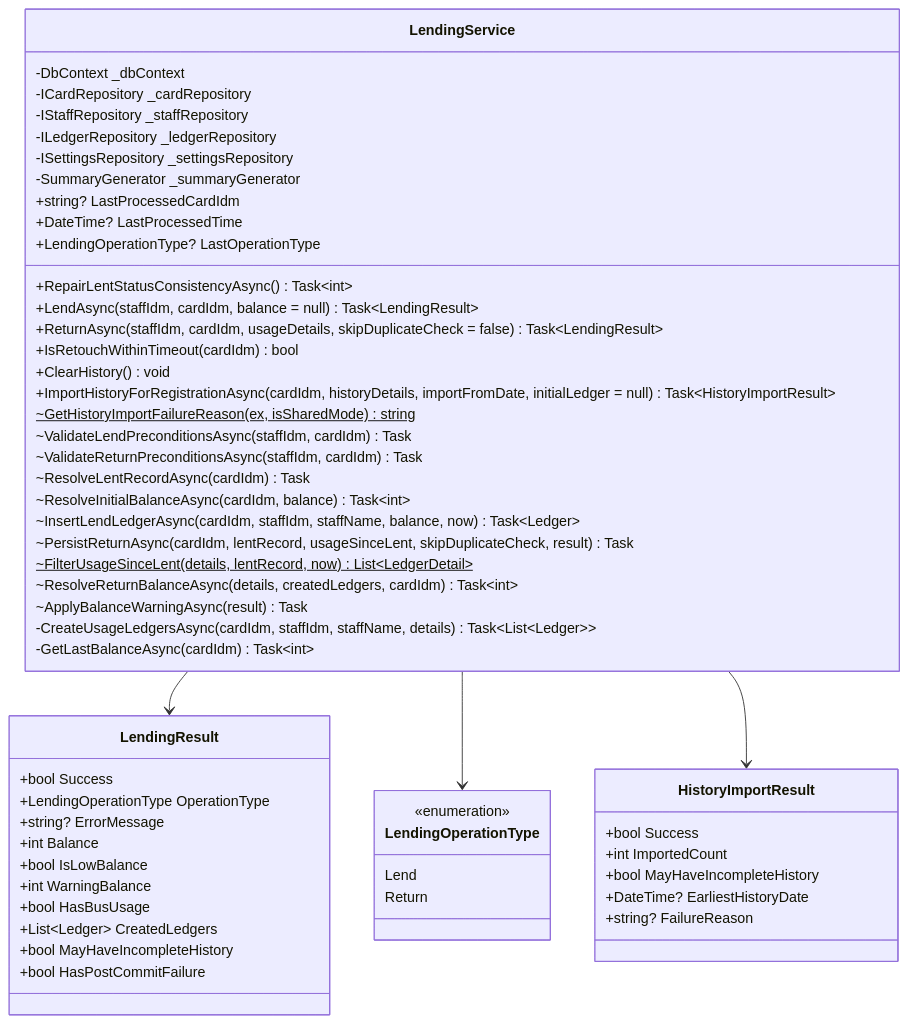
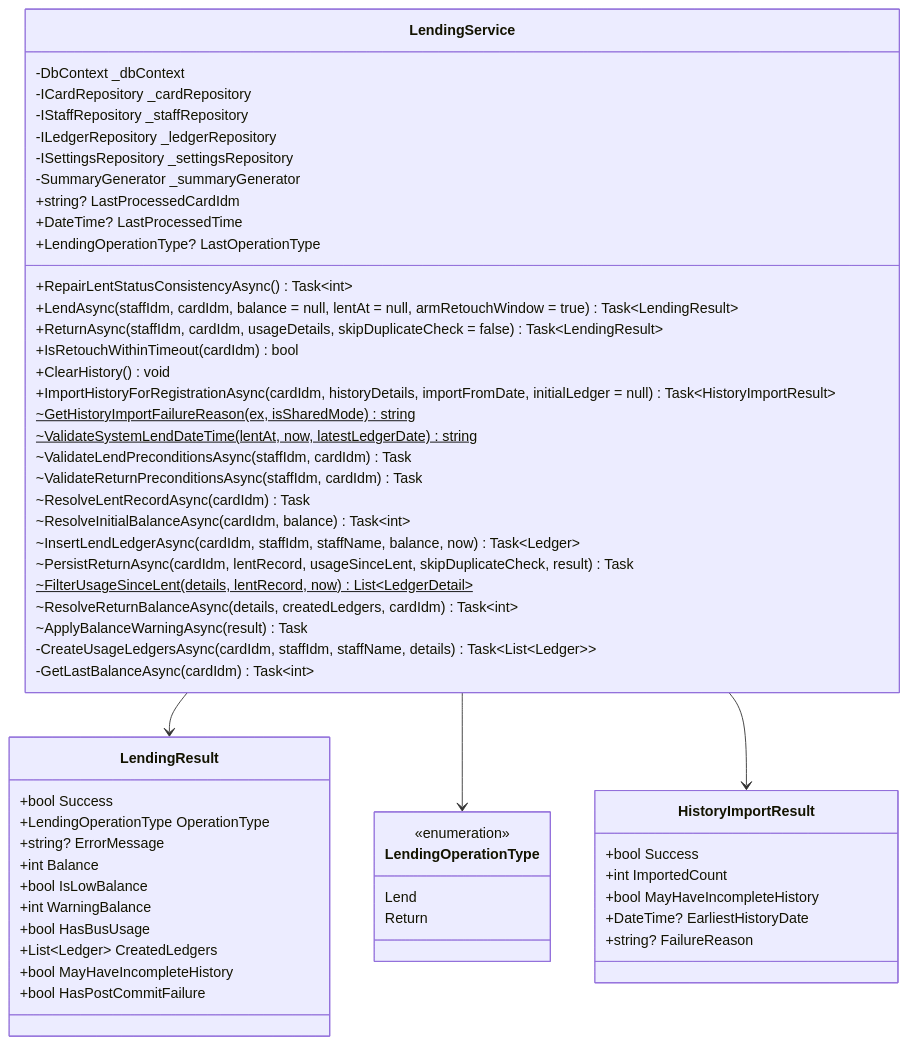
One commit to kuwayamamasayuki/ICCardManager changed the fifth of 52 diagrams in ICCardManager/docs/design/05_クラス設計書.md. Above: the diagram before and after it, drawn with Mermaid. The commit also changed other lines of this file and 1 other file, not shown here.

````diff
--- a/ICCardManager/docs/design/05_クラス設計書.md
+++ b/ICCardManager/docs/design/05_クラス設計書.md
@@ -520,63 +521,64 @@
 ```mermaid
 classDiagram
     class LendingService {
         -DbContext _dbContext
         -ICardRepository _cardRepository
         -IStaffRepository _staffRepository
         -ILedgerRepository _ledgerRepository
         -ISettingsRepository _settingsRepository
         -SummaryGenerator _summaryGenerator
         +string? LastProcessedCardIdm
         +DateTime? LastProcessedTime
         +LendingOperationType? LastOperationType
         +RepairLentStatusConsistencyAsync() Task~int~
-        +LendAsync(staffIdm, cardIdm, balance = null) Task~LendingResult~
+        +LendAsync(staffIdm, cardIdm, balance = null, lentAt = null, armRetouchWindow = true) Task~LendingResult~
         +ReturnAsync(staffIdm, cardIdm, usageDetails, skipDuplicateCheck = false) Task~LendingResult~
         +IsRetouchWithinTimeout(cardIdm) bool
         +ClearHistory() void
         +ImportHistoryForRegistrationAsync(cardIdm, historyDetails, importFromDate, initialLedger = null) Task~HistoryImportResult~
         ~GetHistoryImportFailureReason(ex, isSharedMode)$ string
+        ~ValidateSystemLendDateTime(lentAt, now, latestLedgerDate)$ string
         ~ValidateLendPreconditionsAsync(staffIdm, cardIdm) Task
         ~ValidateReturnPreconditionsAsync(staffIdm, cardIdm) Task
         ~ResolveLentRecordAsync(cardIdm) Task
         ~ResolveInitialBalanceAsync(cardIdm, balance) Task~int~
         ~InsertLendLedgerAsync(cardIdm, staffIdm, staffName, balance, now) Task~Ledger~
         ~PersistReturnAsync(cardIdm, lentRecord, usageSinceLent, skipDuplicateCheck, result) Task
         ~FilterUsageSinceLent(details, lentRecord, now)$ List~LedgerDetail~
         ~ResolveReturnBalanceAsync(details, createdLedgers, cardIdm) Task~int~
         ~ApplyBalanceWarningAsync(result) Task
         -CreateUsageLedgersAsync(cardIdm, staffIdm, staffName, details) Task~List~Ledger~~
         -GetLastBalanceAsync(cardIdm) Task~int~
     }
 
     class LendingResult {
         +bool Success
         +LendingOperationType OperationType
         +string? ErrorMessage
         +int Balance
         +bool IsLowBalance
         +int WarningBalance
         +bool HasBusUsage
         +List~Ledger~ CreatedLedgers
         +bool MayHaveIncompleteHistory
         +bool HasPostCommitFailure
     }
 
     class LendingOperationType {
         <<enumeration>>
         Lend
         Return
     }
 
     class HistoryImportResult {
         +bool Success
         +int ImportedCount
         +bool MayHaveIncompleteHistory
         +DateTime? EarliestHistoryDate
         +string? FailureReason
     }
 
     LendingService --> LendingResult
     LendingService --> LendingOperationType
     LendingService --> HistoryImportResult
 ```
````
